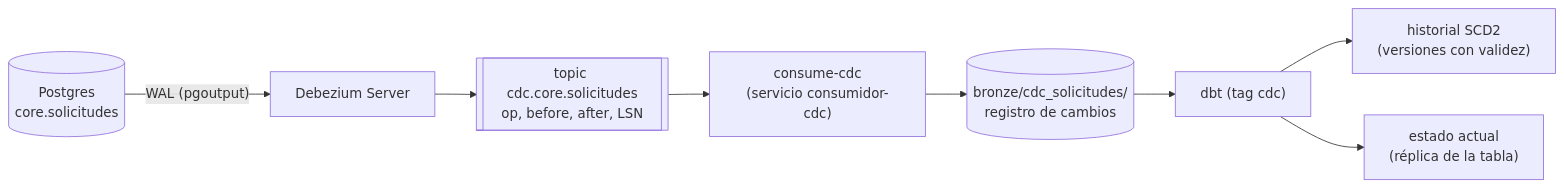
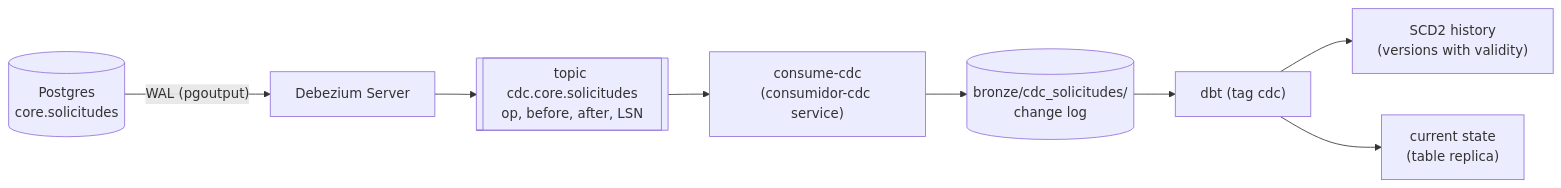
Before and after one commit to att-22/credit-risk-data-platform: the fifth of 5 diagrams in README.md, drawn with Mermaid. The commit also changed other lines of this file and 1 other file, not shown here.

````diff
--- a/README.md
+++ b/README.md
@@ -228,10 +234,10 @@
 ```mermaid
 flowchart LR
     pg[("Postgres<br/>core.solicitudes")] -- "WAL (pgoutput)" --> dbz["Debezium Server"]
     dbz --> t[["topic cdc.core.solicitudes<br/>op, before, after, LSN"]]
-    t --> c["consume-cdc<br/>(servicio consumidor-cdc)"]
-    c --> b[("bronze/cdc_solicitudes/<br/>registro de cambios")]
+    t --> c["consume-cdc<br/>(consumidor-cdc service)"]
+    c --> b[("bronze/cdc_solicitudes/<br/>change log")]
     b --> dbt["dbt (tag cdc)"]
-    dbt --> h["historial SCD2<br/>(versiones con validez)"]
-    dbt --> a["estado actual<br/>(réplica de la tabla)"]
+    dbt --> h["SCD2 history<br/>(versions with validity)"]
+    dbt --> a["current state<br/>(table replica)"]
 ```
````
